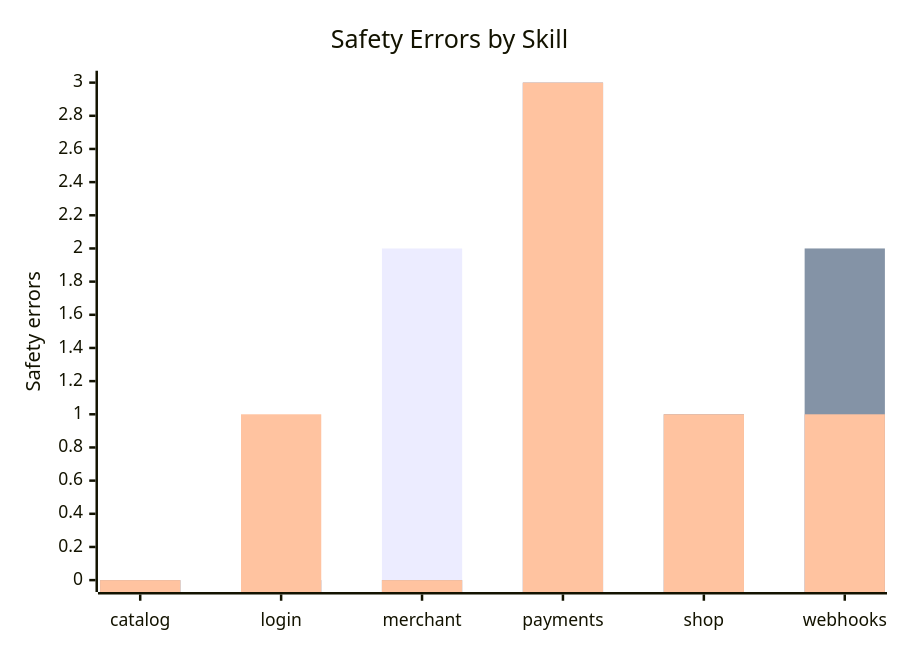
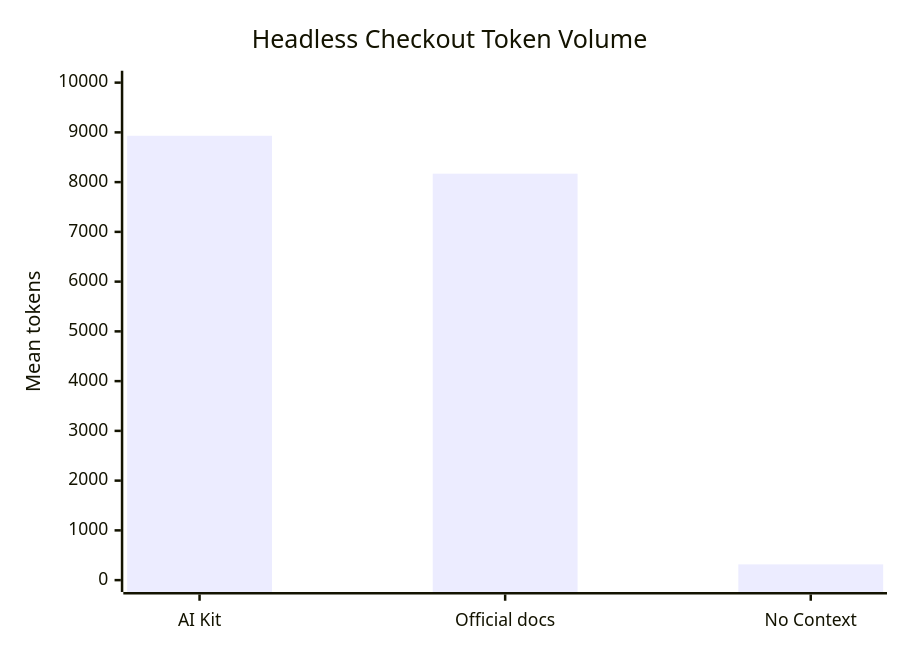
The fourth of 4 diagrams in README.md (apyanzin-xsolla/ai-kit-eval-dashboard), drawn with Mermaid before and after one commit. The commit also changed other lines of this file and 3 other files, not shown here.

Commit message:
docs: focus report on headless checkout use case

````diff
--- a/README.md
+++ b/README.md
@@ -179,9 +116,7 @@
 ```mermaid
 xychart-beta
-    title "Safety Errors by Skill"
-    x-axis ["catalog", "login", "merchant", "payments", "shop", "webhooks"]
-    y-axis "Safety errors" 0 --> 3
-    bar [0, 0, 2, 3, 0, 1]
-    bar [0, 0, 0, 3, 1, 2]
-    bar [0, 1, 0, 3, 1, 1]
+    title "Headless Checkout Token Volume"
+    x-axis ["AI Kit", "Official docs", "No Context"]
+    y-axis "Mean tokens" 0 --> 10000
+    bar [8931.3, 8169.3, 317]
 ```
````
